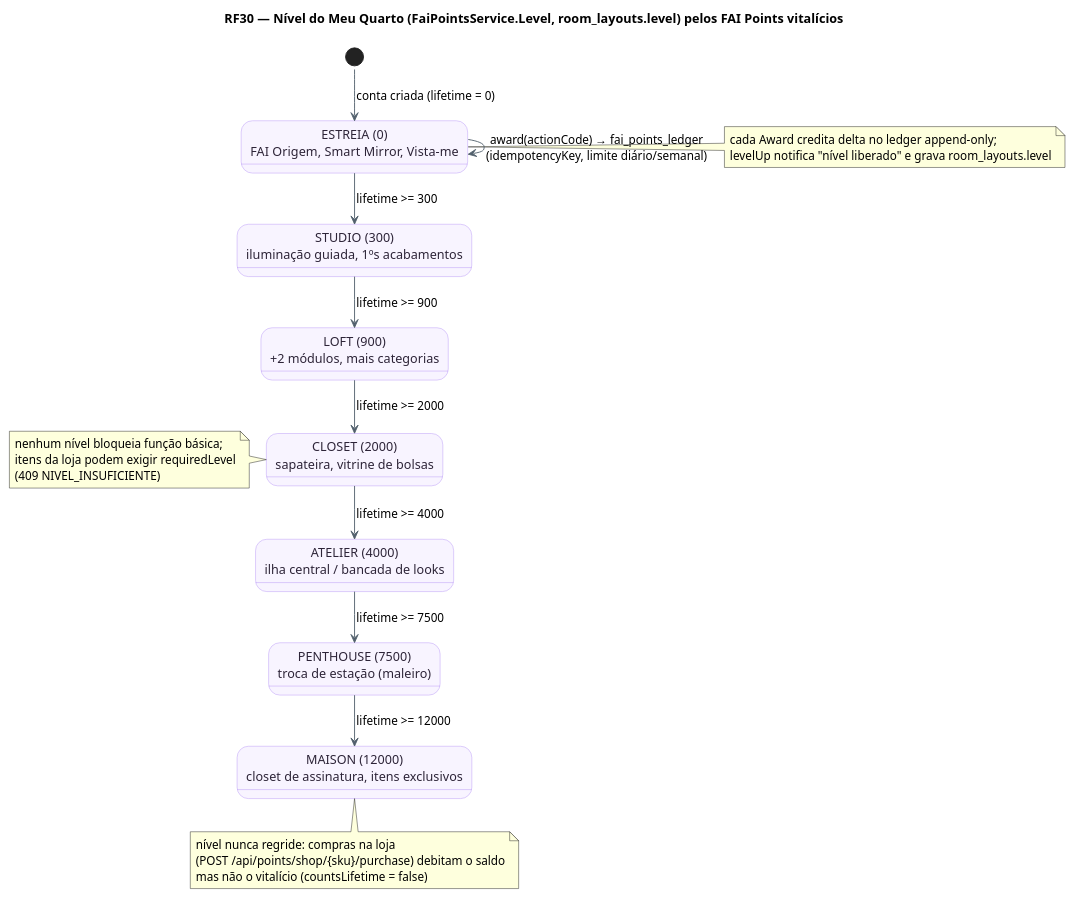
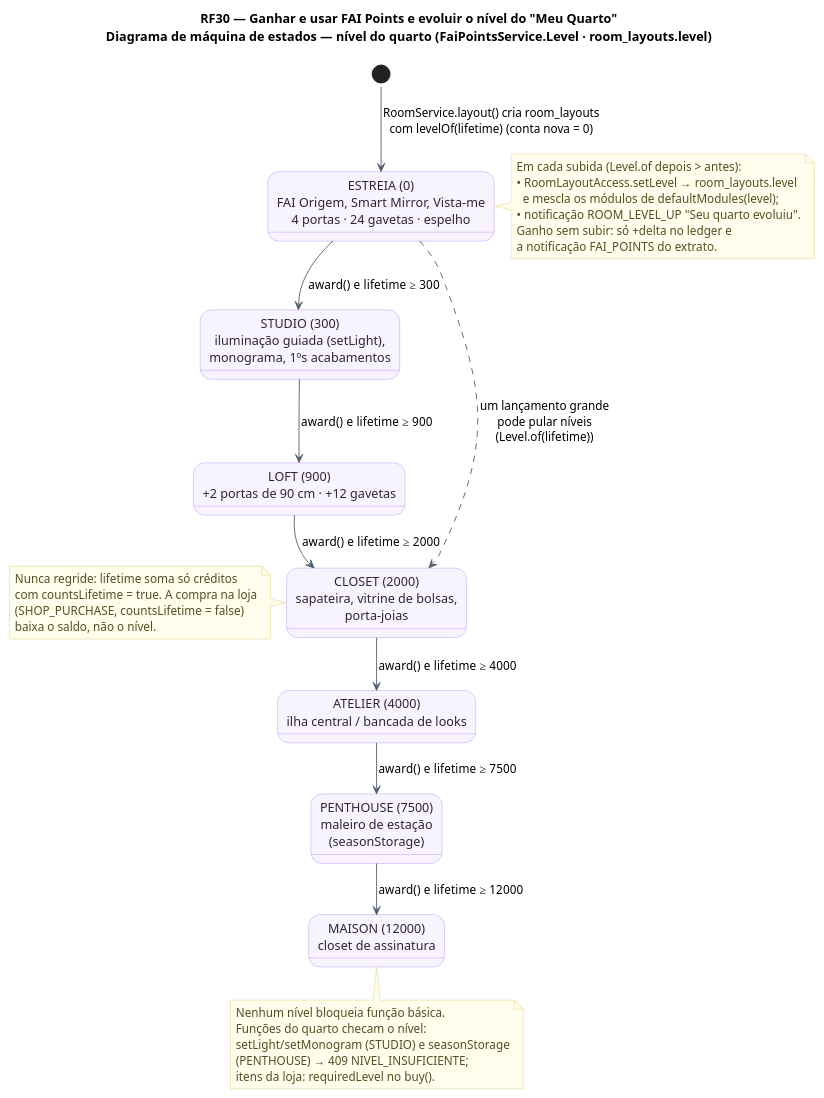
Before and after one commit to MatheusHaliski/tcc-2026-fashion-ai-backend: the diagram in docs/diagramas/RF30/RF30-maquinadeestados-nivel.puml, drawn with PlantUML. The commit also changed 638 other files, not shown here.

First line of the commit message:
Diagramas UML: reescrita pelo código atual e realinhamento ao Trello (parte 2, checkpoint)

```diff
--- a/docs/diagramas/RF30/RF30-maquinadeestados-nivel.puml
+++ b/docs/diagramas/RF30/RF30-maquinadeestados-nivel.puml
@@ -1,29 +1,54 @@
 @startuml RF30_MaquinaDeEstados_Nivel
+title RF30 — Ganhar e usar FAI Points e evoluir o nível do "Meu Quarto"\nDiagrama de máquina de estados — nível do quarto (FaiPointsService.Level · room_layouts.level)
 !pragma layout smetana
 skinparam backgroundColor #FFFFFF
 skinparam state {
   BackgroundColor #F8F4FF
   BorderColor #B695F5
   FontColor #2D2438
   ArrowColor #52606D
 }
-title RF30 — Nível do Meu Quarto (FaiPointsService.Level, room_layouts.level) pelos FAI Points vitalícios
-[*] --> ESTREIA : conta criada (lifetime = 0)
-state "ESTREIA (0)\nFAI Origem, Smart Mirror, Vista-me" as ESTREIA
-state "STUDIO (300)\niluminação guiada, 1ºs acabamentos" as STUDIO
-state "LOFT (900)\n+2 módulos, mais categorias" as LOFT
-state "CLOSET (2000)\nsapateira, vitrine de bolsas" as CLOSET
+skinparam note {
+  BackgroundColor #FFFDEB
+  BorderColor #D8CE78
+  FontColor #554F24
+}
+state "ESTREIA (0)\nFAI Origem, Smart Mirror, Vista-me\n4 portas · 24 gavetas · espelho" as ESTREIA
+state "STUDIO (300)\niluminação guiada (setLight),\nmonograma, 1ºs acabamentos" as STUDIO
+state "LOFT (900)\n+2 portas de 90 cm · +12 gavetas" as LOFT
+state "CLOSET (2000)\nsapateira, vitrine de bolsas,\nporta-joias" as CLOSET
 state "ATELIER (4000)\nilha central / bancada de looks" as ATELIER
-state "PENTHOUSE (7500)\ntroca de estação (maleiro)" as PENTHOUSE
-state "MAISON (12000)\ncloset de assinatura, itens exclusivos" as MAISON
-ESTREIA --> STUDIO : lifetime >= 300
-STUDIO --> LOFT : lifetime >= 900
-LOFT --> CLOSET : lifetime >= 2000
-CLOSET --> ATELIER : lifetime >= 4000
-ATELIER --> PENTHOUSE : lifetime >= 7500
-PENTHOUSE --> MAISON : lifetime >= 12000
-ESTREIA --> ESTREIA : award(actionCode) → fai_points_ledger\n(idempotencyKey, limite diário/semanal)
-note right of ESTREIA : cada Award credita delta no ledger append-only;\nlevelUp notifica "nível liberado" e grava room_layouts.level
-note bottom of MAISON : nível nunca regride: compras na loja\n(POST /api/points/shop/{sku}/purchase) debitam o saldo\nmas não o vitalício (countsLifetime = false)
-note left of CLOSET : nenhum nível bloqueia função básica;\nitens da loja podem exigir requiredLevel\n(409 NIVEL_INSUFICIENTE)
+state "PENTHOUSE (7500)\nmaleiro de estação\n(seasonStorage)" as PENTHOUSE
+state "MAISON (12000)\ncloset de assinatura" as MAISON
+
+[*] --> ESTREIA : RoomService.layout() cria room_layouts\ncom levelOf(lifetime) (conta nova = 0)
+ESTREIA --> STUDIO : award() e lifetime ≥ 300
+STUDIO --> LOFT : award() e lifetime ≥ 900
+LOFT --> CLOSET : award() e lifetime ≥ 2000
+CLOSET --> ATELIER : award() e lifetime ≥ 4000
+ATELIER --> PENTHOUSE : award() e lifetime ≥ 7500
+PENTHOUSE --> MAISON : award() e lifetime ≥ 12000
+ESTREIA -[dashed]-> CLOSET : um lançamento grande\npode pular níveis\n(Level.of(lifetime))
+
+note right of ESTREIA
+  Em cada subida (Level.of depois > antes):
+  • RoomLayoutAccess.setLevel → room_layouts.level
+    e mescla os módulos de defaultModules(level);
+  • notificação ROOM_LEVEL_UP "Seu quarto evoluiu".
+  Ganho sem subir: só +delta no ledger e
+  a notificação FAI_POINTS do extrato.
+end note
+note left of CLOSET
+  Nunca regride: lifetime soma só créditos
+  com countsLifetime = true. A compra na loja
+  (SHOP_PURCHASE, countsLifetime = false)
+  baixa o saldo, não o nível.
+end note
+note bottom of MAISON
+  Nenhum nível bloqueia função básica.
+  Funções do quarto checam o nível:
+  setLight/setMonogram (STUDIO) e seasonStorage
+  (PENTHOUSE) → 409 NIVEL_INSUFICIENTE;
+  itens da loja: requiredLevel no buy().
+end note
 @enduml
```
